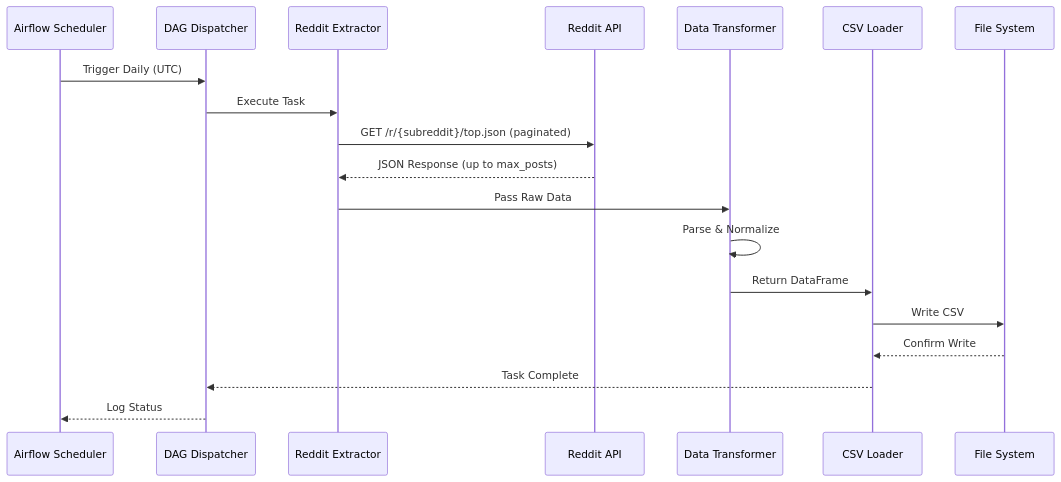
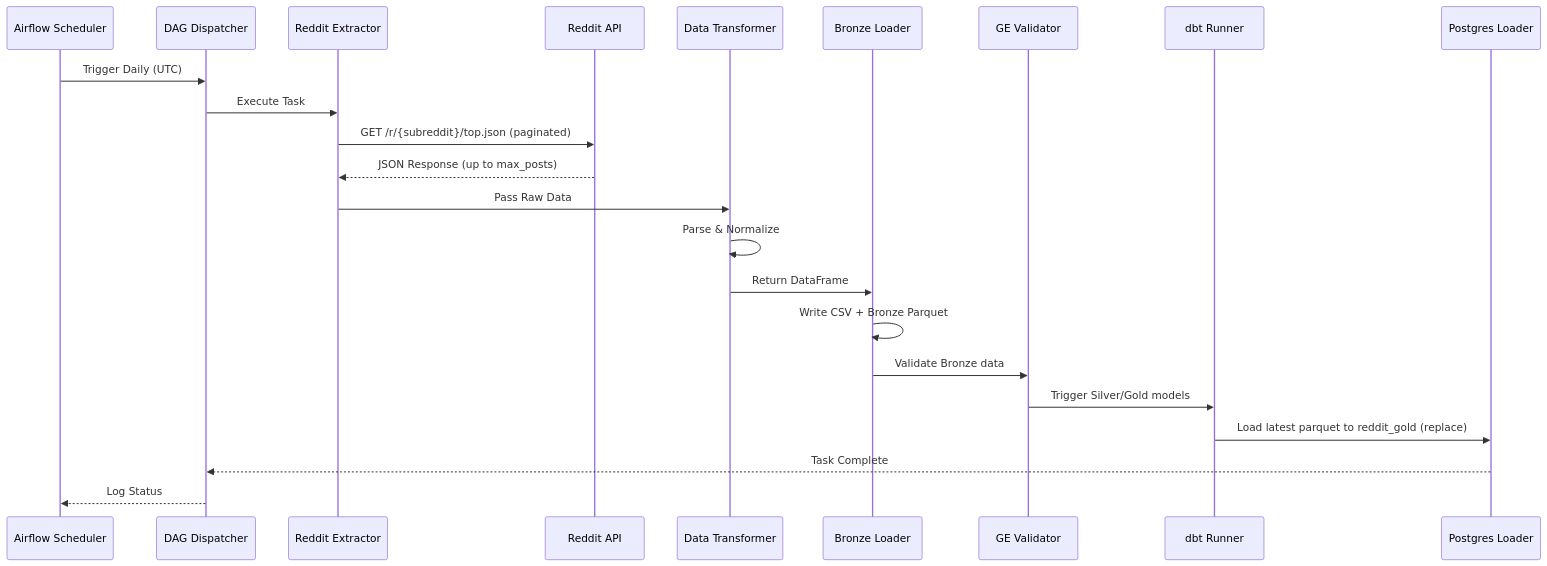
The second of 2 diagrams in README.md (OmarJebbari/Reddit-Airflow-ETL-pipeline), drawn with Mermaid before and after one commit. The commit also changed other lines of this file, not shown here.

Commit message:
docs: sync README with current DAG architecture and task chain

````diff
--- a/README.md
+++ b/README.md
@@ -76,22 +84,26 @@
 ```mermaid
 sequenceDiagram
     participant Scheduler as Airflow Scheduler
     participant DAG as DAG Dispatcher
     participant Extractor as Reddit Extractor
     participant Reddit as Reddit API
     participant Transformer as Data Transformer
-    participant Loader as CSV Loader
-    participant FileSystem as File System
+    participant Loader as Bronze Loader
+    participant Validator as GE Validator
+    participant Dbt as dbt Runner
+    participant PG as Postgres Loader
     
     Scheduler->>DAG: Trigger Daily (UTC)
     DAG->>Extractor: Execute Task
     Extractor->>Reddit: GET /r/{subreddit}/top.json (paginated)
     Reddit-->>Extractor: JSON Response (up to max_posts)
     Extractor->>Transformer: Pass Raw Data
     Transformer->>Transformer: Parse & Normalize
     Transformer->>Loader: Return DataFrame
-    Loader->>FileSystem: Write CSV
-    FileSystem-->>Loader: Confirm Write
-    Loader-->>DAG: Task Complete
+    Loader->>Loader: Write CSV + Bronze Parquet
+    Loader->>Validator: Validate Bronze data
+    Validator->>Dbt: Trigger Silver/Gold models
+    Dbt->>PG: Load latest parquet to reddit_gold (replace)
+    PG-->>DAG: Task Complete
     DAG-->>Scheduler: Log Status
 ```
````
